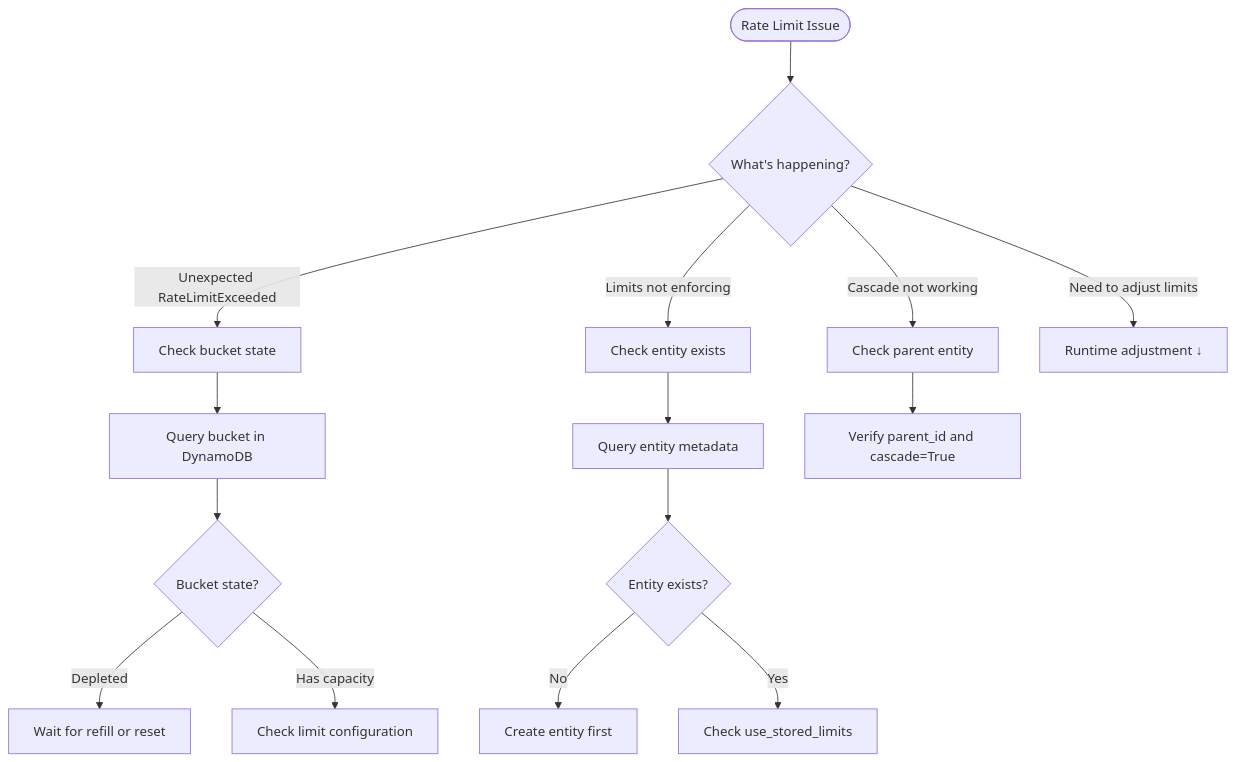
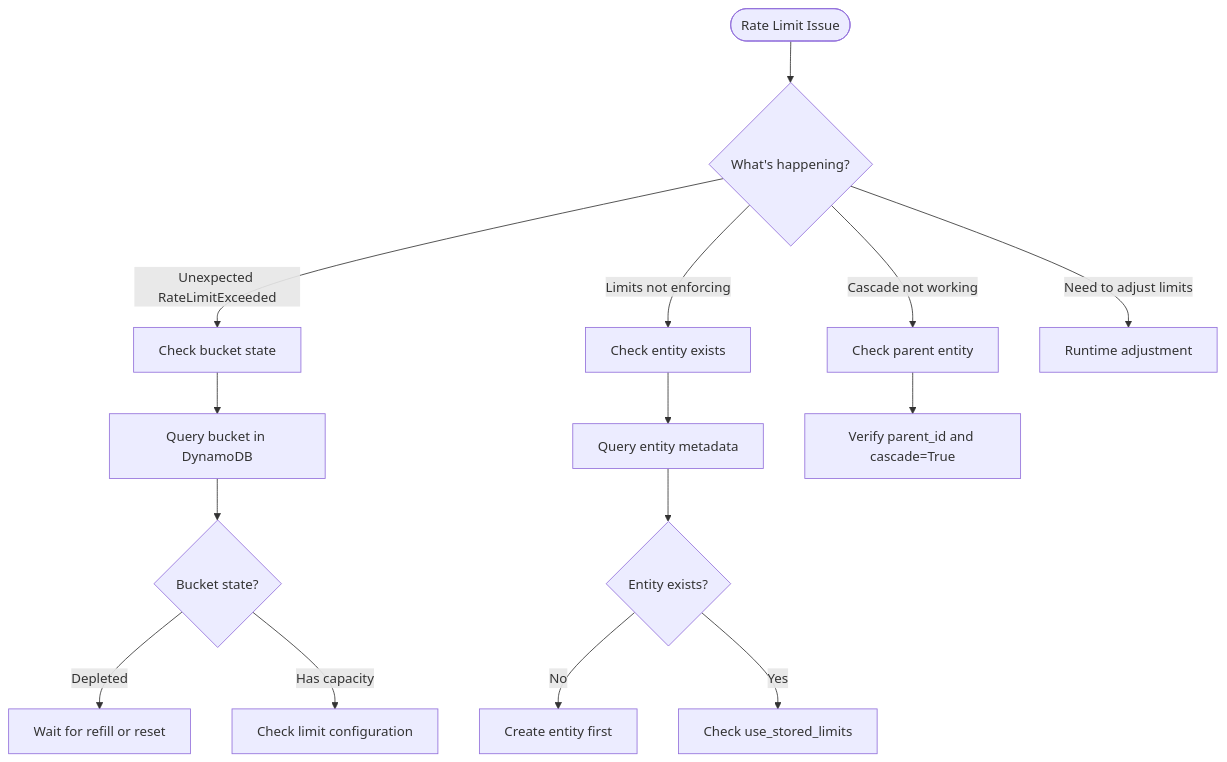
Before and after one commit to zeroae/zae-limiter: the diagram in docs/operations/rate-limits.md, drawn with Mermaid. The commit also changed other lines of this file and 8 other files, not shown here.

````diff
--- a/docs/operations/rate-limits.md
+++ b/docs/operations/rate-limits.md
@@ -7,21 +7,28 @@
 ```mermaid
 flowchart TD
     START([Rate Limit Issue]) --> Q1{What's happening?}
 
     Q1 -->|Unexpected RateLimitExceeded| A1[Check bucket state]
     Q1 -->|Limits not enforcing| A2[Check entity exists]
     Q1 -->|Cascade not working| A3[Check parent entity]
-    Q1 -->|Need to adjust limits| A4[Runtime adjustment ↓]
+    Q1 -->|Need to adjust limits| A4[Runtime adjustment]
 
     A1 --> CHECK1[Query bucket in DynamoDB]
     A2 --> CHECK2[Query entity metadata]
     A3 --> CHECK3[Verify parent_id and cascade=True]
 
     CHECK1 --> FIX1{Bucket state?}
     FIX1 -->|Depleted| WAIT[Wait for refill or reset]
     FIX1 -->|Has capacity| CONFIG[Check limit configuration]
 
     CHECK2 --> FIX2{Entity exists?}
     FIX2 -->|No| CREATE[Create entity first]
     FIX2 -->|Yes| LIMITS[Check use_stored_limits]
+
+    click A1 "#unexpected-ratelimitexceeded" "Diagnose unexpected limits"
+    click A2 "#limits-not-enforcing" "Check entity setup"
+    click A3 "#cascade-not-working" "Check parent setup"
+    click A4 "#adjust-limits-at-runtime" "Adjust limits"
+    click WAIT "#reset-bucket-state" "Reset bucket"
+    click CHECK1 "#debug-bucket-state" "Query bucket state"
 ```
````
